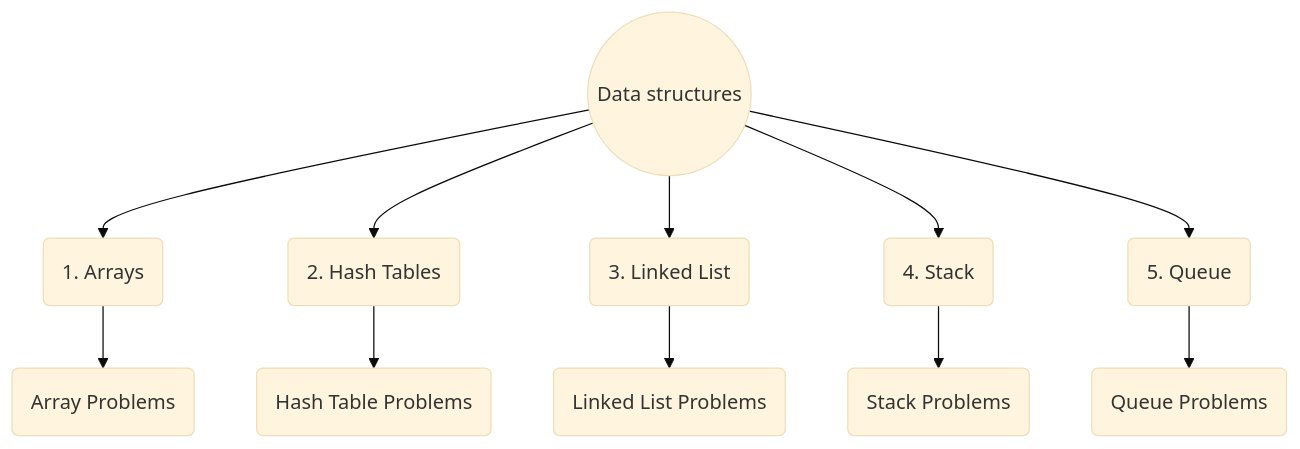
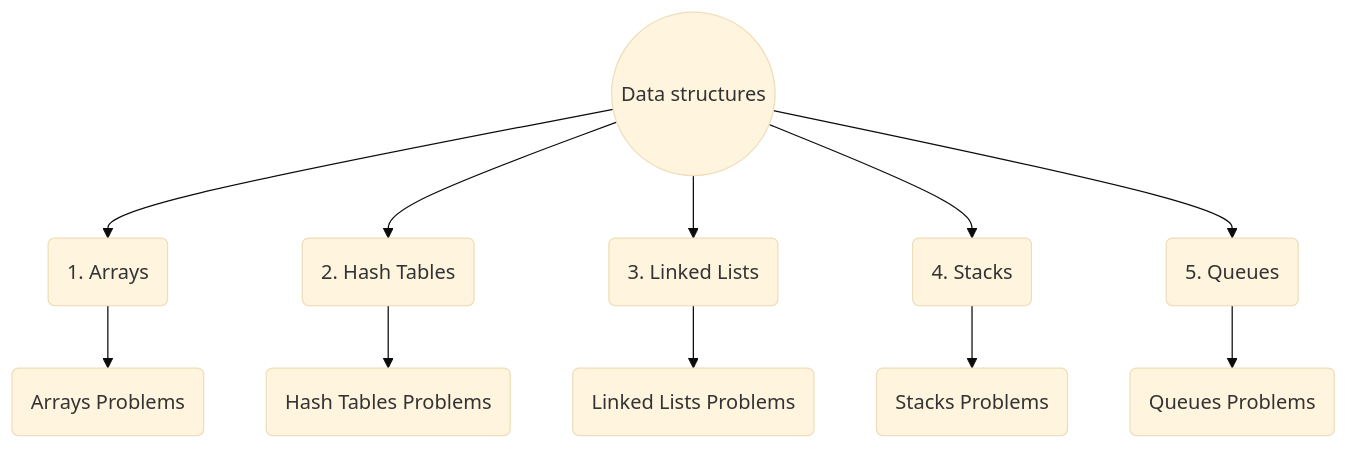
The diagram in README.md (SandeepTheDev/data-structures-and-algorithms), drawn with Mermaid (base theme) before and after one commit. The commit also changed 15 other files, not shown here.

````diff
--- a/README.md
+++ b/README.md
@@ -17,19 +17,19 @@
 ```mermaid
 graph TD
    Root((Data structures))
-   A(1. Arrays) --> A1(Array Problems)
-   B(2. Hash Tables) --> B1(Hash Table Problems)
-   C(3. Linked List) --> C1(Linked List Problems)
-   D(4. Stack) --> D1(Stack Problems)
-   E(5. Queue) --> E1(Queue Problems)
+   A(1. Arrays) --> A1(Arrays Problems)
+   B(2. Hash Tables) --> B1(Hash Tables Problems)
+   C(3. Linked Lists) --> C1(Linked Lists Problems)
+   D(4. Stacks) --> D1(Stacks Problems)
+   E(5. Queues) --> E1(Queues Problems)
    Root --> A
    Root --> B
    Root --> C
    Root --> D
    Root --> E
-   click A href "https://github.com/isandeepbansal/data-structures-and-algorithms/tree/main/01-array"
-   click A1 href "https://github.com/isandeepbansal/data-structures-and-algorithms/tree/main/01-array/problems"
-   click C href "https://github.com/isandeepbansal/data-structures-and-algorithms/tree/main/03-linked-list"
-   click D href "https://github.com/isandeepbansal/data-structures-and-algorithms/tree/main/04-stack"
-   click E href "https://github.com/isandeepbansal/data-structures-and-algorithms/tree/main/04-queue"
+   click A href "https://github.com/isandeepbansal/data-structures-and-algorithms/tree/main/01-arrays"
+   click A1 href "https://github.com/isandeepbansal/data-structures-and-algorithms/tree/main/01-arrays/problems"
+   click C href "https://github.com/isandeepbansal/data-structures-and-algorithms/tree/main/03-linked-lists"
+   click D href "https://github.com/isandeepbansal/data-structures-and-algorithms/tree/main/04-stacks"
+   click E href "https://github.com/isandeepbansal/data-structures-and-algorithms/tree/main/04-queues"
 ```
````
